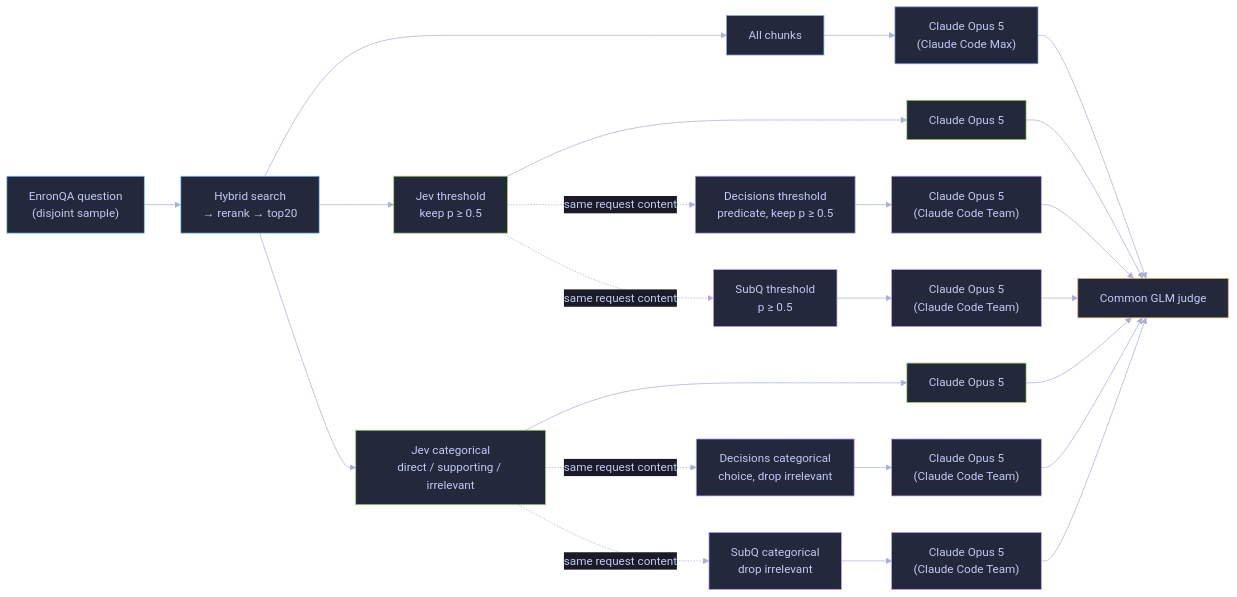
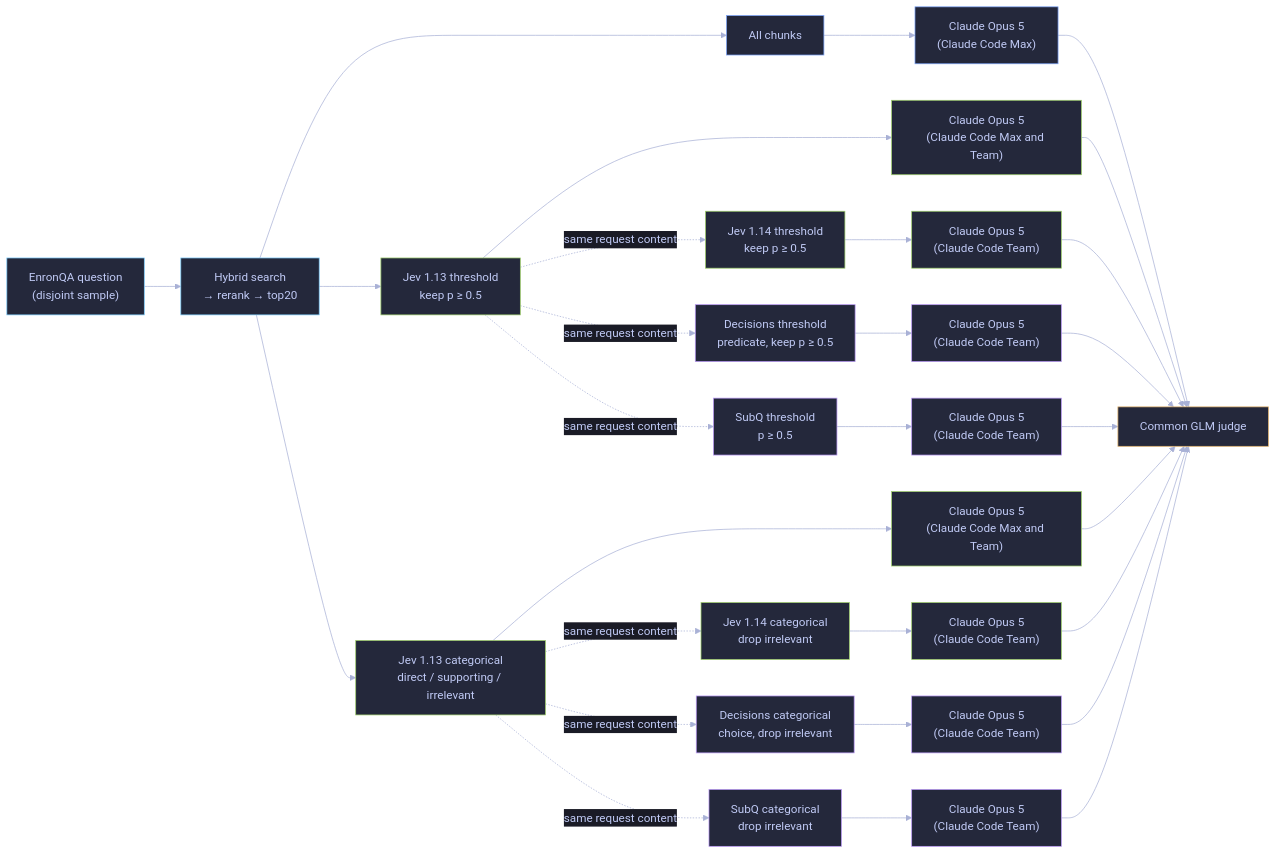
The first of 2 diagrams in experiments/jev-search-result-narrower-claude-RAG/README.md (dorkitude/decision-model-testing), drawn with Mermaid before and after one commit. The commit also changed other lines of this file and 43 other files, not shown here.

````diff
--- a/experiments/jev-search-result-narrower-claude-RAG/README.md
+++ b/experiments/jev-search-result-narrower-claude-RAG/README.md
@@ -19,29 +19,33 @@
 ```mermaid
 %%{init: {"theme": "base", "themeVariables": {"background": "#1a1b26", "primaryColor": "#24283b", "primaryTextColor": "#c0caf5", "textColor": "#c0caf5", "primaryBorderColor": "#7aa2f7", "lineColor": "#a9b1d6", "edgeLabelBackground": "#1a1b26"}}}%%
 flowchart LR
     Q["EnronQA question<br/>(disjoint sample)"] --> S["Hybrid search<br/>→ rerank → top20"]
     S --> B["All chunks"] --> CB["Claude Opus 5<br/>(Claude Code Max)"]
-    S --> T["Jev threshold<br/>keep p ≥ 0.5"] --> CT["Claude Opus 5"]
-    S --> C["Jev categorical<br/>direct / supporting / irrelevant"] --> CC["Claude Opus 5"]
+    S --> T["Jev 1.13 threshold<br/>keep p ≥ 0.5"] --> CT["Claude Opus 5<br/>(Claude Code Max and Team)"]
+    S --> C["Jev 1.13 categorical<br/>direct / supporting / irrelevant"] --> CC["Claude Opus 5<br/>(Claude Code Max and Team)"]
+    T -. "same request content" .-> JT["Jev 1.14 threshold<br/>keep p ≥ 0.5"] --> CJT["Claude Opus 5<br/>(Claude Code Team)"]
+    C -. "same request content" .-> JC["Jev 1.14 categorical<br/>drop irrelevant"] --> CJC["Claude Opus 5<br/>(Claude Code Team)"]
     T -. "same request content" .-> DT["Decisions threshold<br/>predicate, keep p ≥ 0.5"] --> CDT["Claude Opus 5<br/>(Claude Code Team)"]
     C -. "same request content" .-> DC["Decisions categorical<br/>choice, drop irrelevant"] --> CDC["Claude Opus 5<br/>(Claude Code Team)"]
     T -. "same request content" .-> ST["SubQ threshold<br/>p ≥ 0.5"] --> CST["Claude Opus 5<br/>(Claude Code Team)"]
     C -. "same request content" .-> SC["SubQ categorical<br/>drop irrelevant"] --> CSC["Claude Opus 5<br/>(Claude Code Team)"]
     CB --> G["Common GLM judge"]
     CT --> G
     CC --> G
+    CJT --> G
+    CJC --> G
     CDT --> G
     CDC --> G
     CST --> G
     CSC --> G
     classDef shared fill:#24283b,stroke:#7dcfff,color:#c0caf5;
     classDef baseline fill:#24283b,stroke:#7aa2f7,color:#c0caf5;
     classDef jev fill:#24283b,stroke:#9ece6a,color:#c0caf5;
     classDef decisions fill:#24283b,stroke:#bb9af7,color:#c0caf5;
     classDef score fill:#24283b,stroke:#e0af68,color:#c0caf5;
     class Q,S shared;
     class B,CB baseline;
-    class T,CT,C,CC jev;
+    class T,CT,C,CC,JT,CJT,JC,CJC jev;
     class DT,CDT,DC,CDC,ST,SC,CST,CSC decisions;
     class G score;
 ```
````
